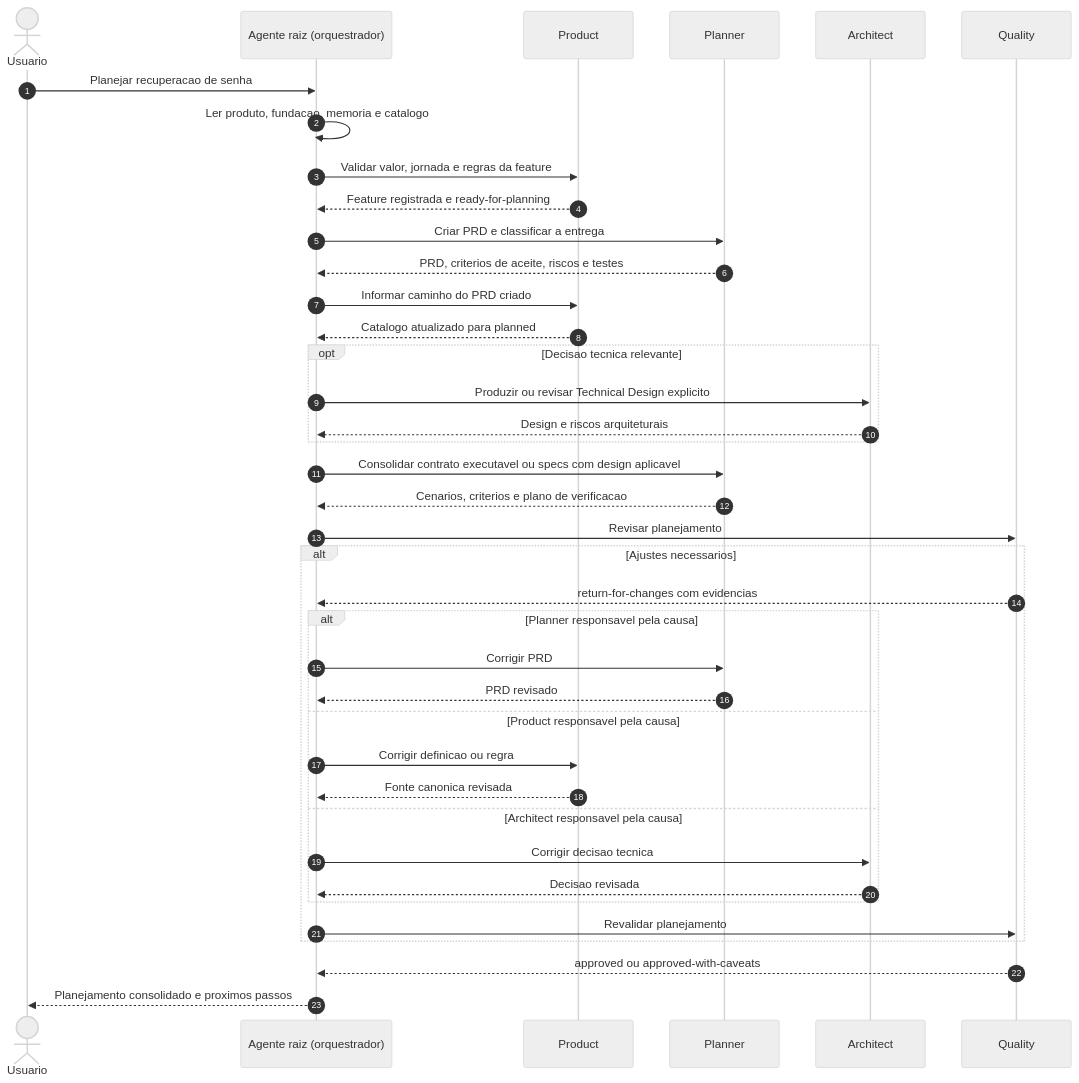
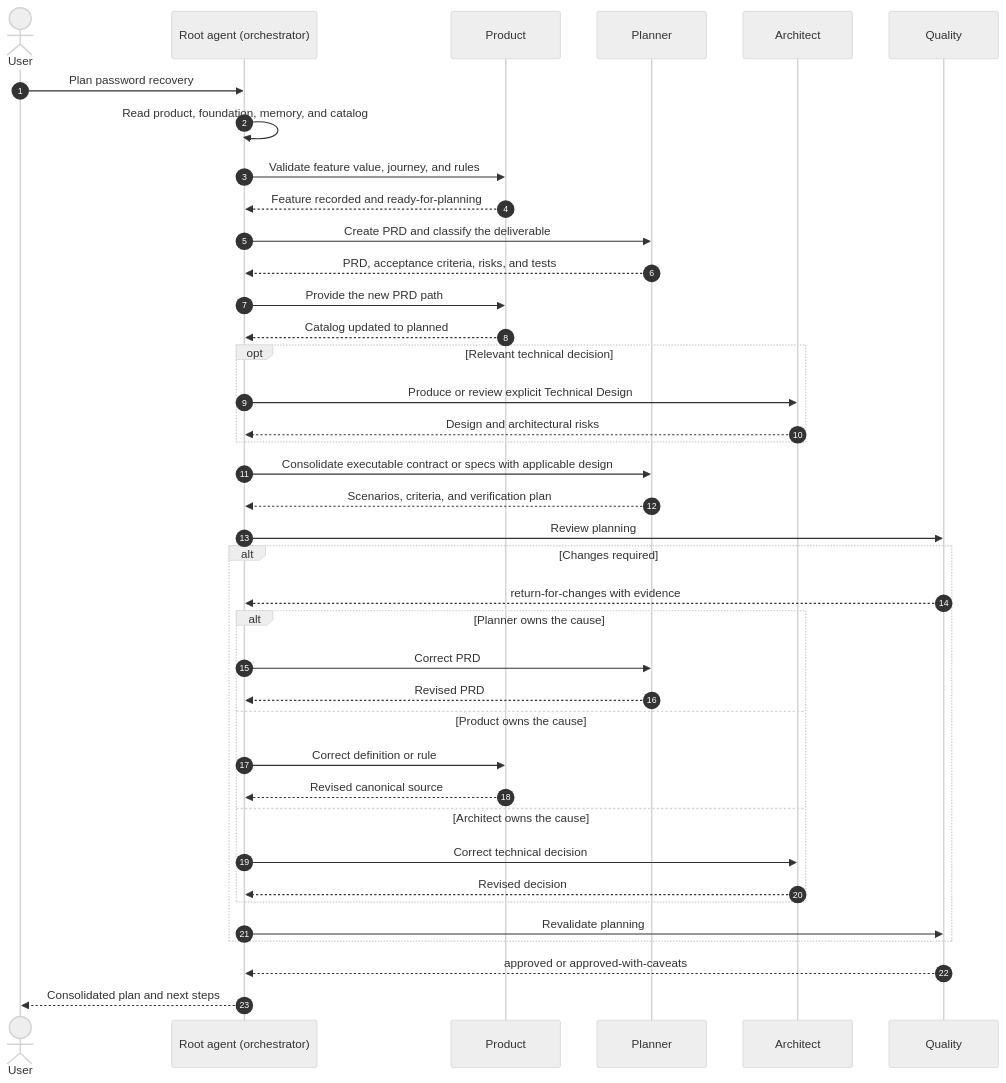
Before and after one commit to grimmhud/initial-dev-harness: the second of 3 diagrams in README.md, drawn with Mermaid (neutral theme). The commit also changed other lines of this file and 1 other file, not shown here.

````diff
--- a/README.md
+++ b/README.md
@@ -157,42 +207,42 @@
 ```mermaid
 sequenceDiagram
     autonumber
-    actor U as Usuario
-    participant O as Agente raiz (orquestrador)
+    actor U as User
+    participant O as Root agent (orchestrator)
     participant P as Product
     participant PL as Planner
     participant A as Architect
     participant Q as Quality
 
-    U->>O: Planejar recuperacao de senha
-    O->>O: Ler produto, fundacao, memoria e catalogo
-    O->>P: Validar valor, jornada e regras da feature
-    P-->>O: Feature registrada e ready-for-planning
-    O->>PL: Criar PRD e classificar a entrega
-    PL-->>O: PRD, criterios de aceite, riscos e testes
-    O->>P: Informar caminho do PRD criado
-    P-->>O: Catalogo atualizado para planned
-    opt Decisao tecnica relevante
-        O->>A: Produzir ou revisar Technical Design explicito
-        A-->>O: Design e riscos arquiteturais
+    U->>O: Plan password recovery
+    O->>O: Read product, foundation, memory, and catalog
+    O->>P: Validate feature value, journey, and rules
+    P-->>O: Feature recorded and ready-for-planning
+    O->>PL: Create PRD and classify the deliverable
+    PL-->>O: PRD, acceptance criteria, risks, and tests
+    O->>P: Provide the new PRD path
+    P-->>O: Catalog updated to planned
+    opt Relevant technical decision
+        O->>A: Produce or review explicit Technical Design
+        A-->>O: Design and architectural risks
     end
-    O->>PL: Consolidar contrato executavel ou specs com design aplicavel
-    PL-->>O: Cenarios, criterios e plano de verificacao
-    O->>Q: Revisar planejamento
-    alt Ajustes necessarios
-        Q-->>O: return-for-changes com evidencias
-        alt Planner responsavel pela causa
-            O->>PL: Corrigir PRD
-            PL-->>O: PRD revisado
-        else Product responsavel pela causa
-            O->>P: Corrigir definicao ou regra
-            P-->>O: Fonte canonica revisada
-        else Architect responsavel pela causa
-            O->>A: Corrigir decisao tecnica
-            A-->>O: Decisao revisada
+    O->>PL: Consolidate executable contract or specs with applicable design
+    PL-->>O: Scenarios, criteria, and verification plan
+    O->>Q: Review planning
+    alt Changes required
+        Q-->>O: return-for-changes with evidence
+        alt Planner owns the cause
+            O->>PL: Correct PRD
+            PL-->>O: Revised PRD
+        else Product owns the cause
+            O->>P: Correct definition or rule
+            P-->>O: Revised canonical source
+        else Architect owns the cause
+            O->>A: Correct technical decision
+            A-->>O: Revised decision
         end
-        O->>Q: Revalidar planejamento
+        O->>Q: Revalidate planning
     end
-    Q-->>O: approved ou approved-with-caveats
-    O-->>U: Planejamento consolidado e proximos passos
+    Q-->>O: approved or approved-with-caveats
+    O-->>U: Consolidated plan and next steps
 ```
````
